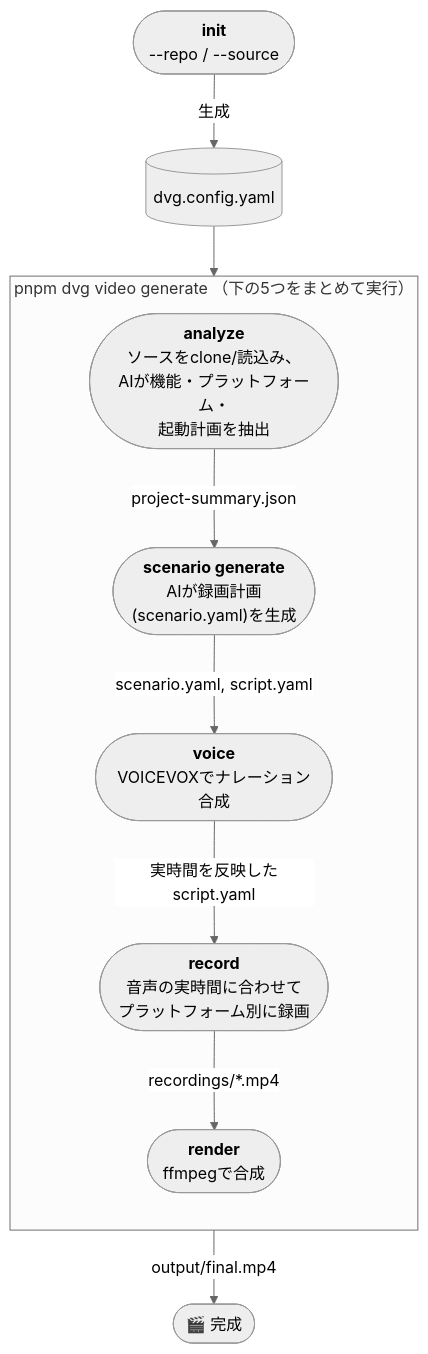
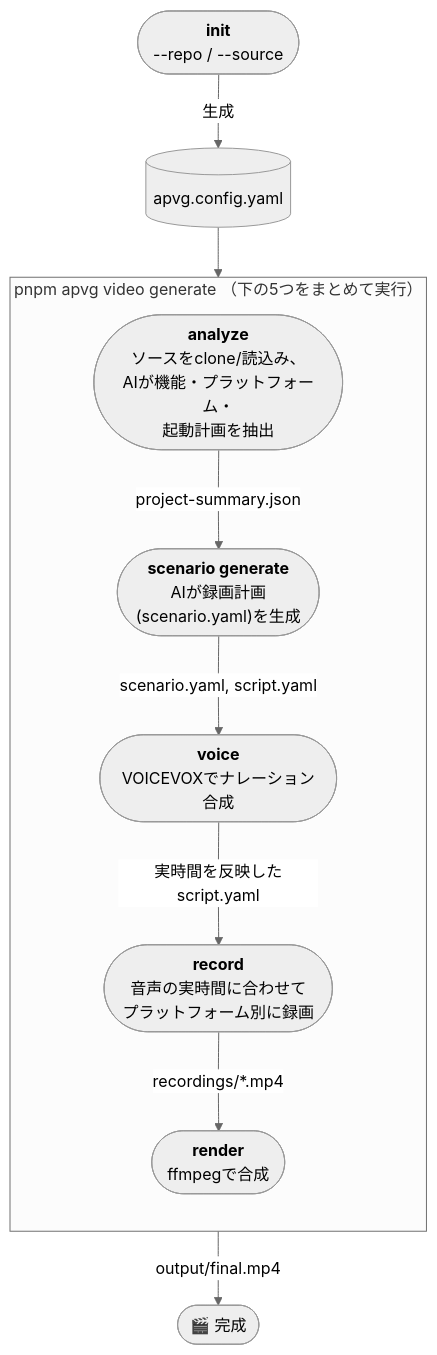
One commit to TakuKobayashi/auto-product-video-generator changed the diagram in README-ja.md. Above: the diagram before and after it, drawn with Mermaid (neutral theme). The commit also changed other lines of this file and 65 other files, not shown here.

````diff
--- a/README-ja.md
+++ b/README-ja.md
@@ -124,20 +124,20 @@
 ```mermaid
 flowchart TD
-    init(["<b>init</b><br/>--repo / --source"]) -->|生成| cfg[(dvg.config.yaml)]
+    init(["<b>init</b><br/>--repo / --source"]) -->|生成| cfg[(apvg.config.yaml)]
 
-    subgraph build["pnpm dvg video generate （下の5つをまとめて実行）"]
+    subgraph build["pnpm apvg video generate （下の5つをまとめて実行）"]
         direction TB
         analyze(["<b>analyze</b><br/>ソースをclone/読込み、<br/>AIが機能・プラットフォーム・<br/>起動計画を抽出"])
         scenario(["<b>scenario generate</b><br/>AIが録画計画<br/>(scenario.yaml)を生成"])
         voice(["<b>voice</b><br/>VOICEVOXでナレーション合成"])
         record(["<b>record</b><br/>音声の実時間に合わせて<br/>プラットフォーム別に録画"])
         render(["<b>render</b><br/>ffmpegで合成"])
         analyze -->|project-summary.json| scenario
         scenario -->|scenario.yaml, script.yaml| voice
         voice -->|実時間を反映したscript.yaml| record
         record -->|recordings/*.mp4| render
     end
 
     cfg --> analyze
     render -->|output/final.mp4| done(["🎬 完成"])
 ```
````
